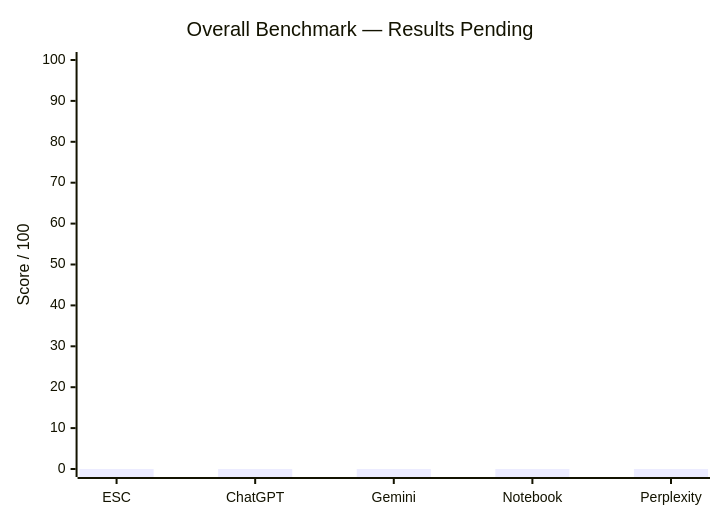
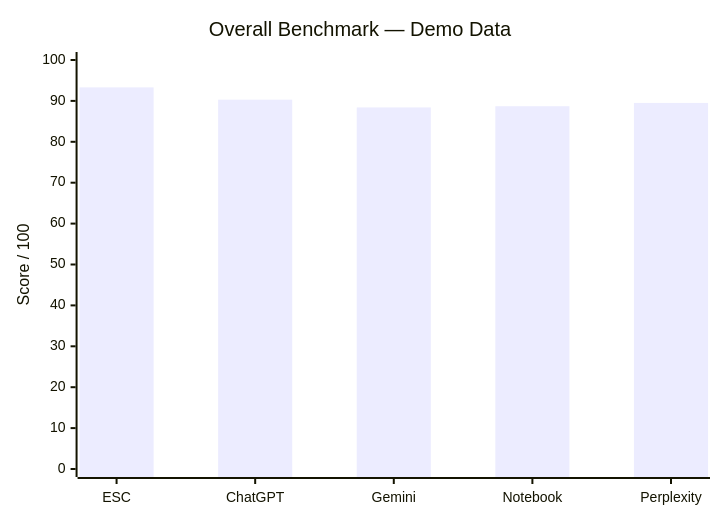
Diagram 16 of 23 in README.md (mahik2007/hackathon), drawn with Mermaid before and after one commit. The commit also changed other lines of this file, not shown here.

First line of the commit message:
Revise README with demo data for benchmarks

````diff
--- a/README.md
+++ b/README.md
@@ -308,7 +310,7 @@
 ```mermaid
 xychart-beta
-    title "Overall Benchmark — Results Pending"
+    title "Overall Benchmark — Demo Data"
     x-axis ["ESC", "ChatGPT", "Gemini", "Notebook", "Perplexity"]
     y-axis "Score / 100" 0 --> 100
-    bar [0, 0, 0, 0, 0]
+    bar [93.3, 90.3, 88.4, 88.7, 89.5]
 ```
````
